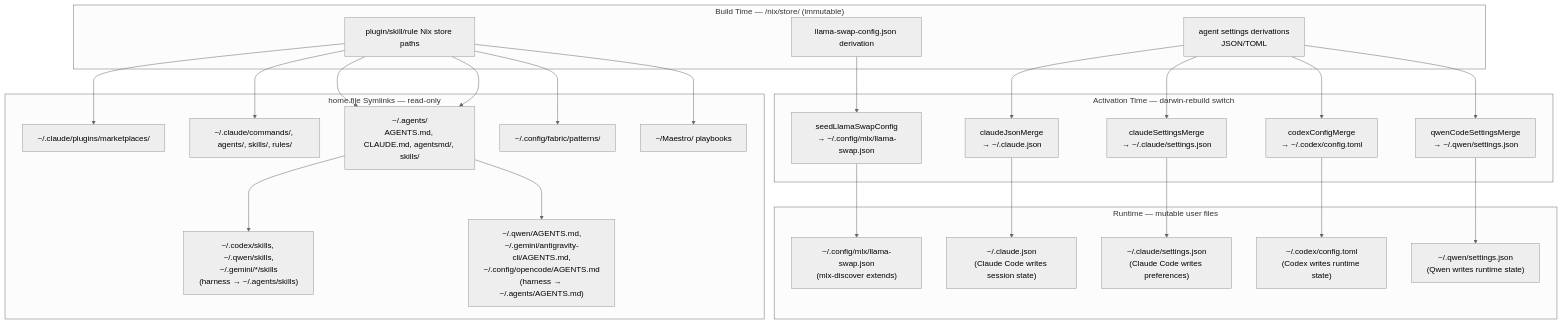
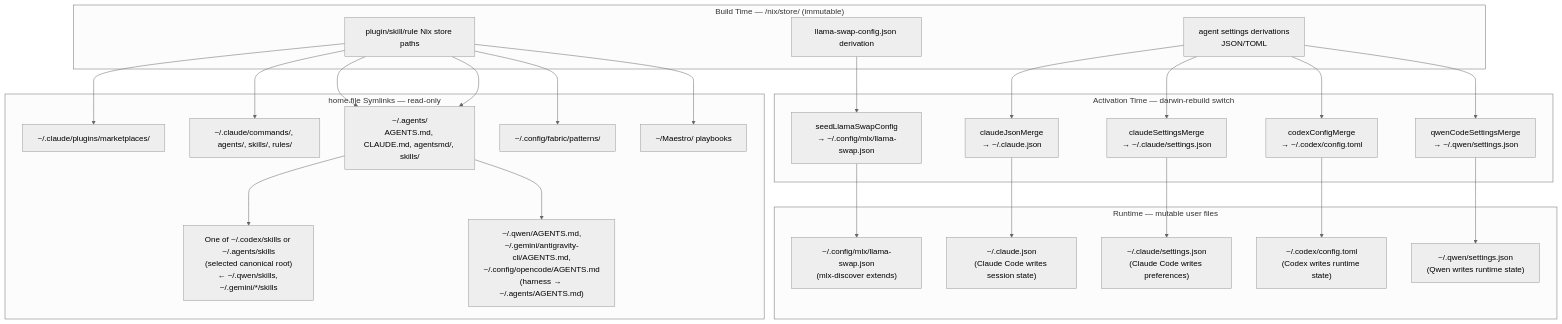
Before and after one commit to dryvist/nix-ai: the second of 2 diagrams in docs/architecture/config-lifecycle.md, drawn with Mermaid (neutral theme). The commit also changed 7 other files, not shown here.

Commit message:
fix(agent-skills): select one Codex discovery root

````diff
--- a/docs/architecture/config-lifecycle.md
+++ b/docs/architecture/config-lifecycle.md
@@ -115,46 +115,46 @@
 ```mermaid
 graph TD
     subgraph BuildTime["Build Time — /nix/store/ (immutable)"]
         NS1["llama-swap-config.json derivation"]
         NS2["agent settings derivations\nJSON/TOML"]
         NS3["plugin/skill/rule Nix store paths"]
     end
 
     subgraph Activation["Activation Time — darwin-rebuild switch"]
         A1["seedLlamaSwapConfig\n→ ~/.config/mlx/llama-swap.json"]
         A2["claudeJsonMerge\n→ ~/.claude.json"]
         A3["claudeSettingsMerge\n→ ~/.claude/settings.json"]
         A4["codexConfigMerge\n→ ~/.codex/config.toml"]
         A5["qwenCodeSettingsMerge\n→ ~/.qwen/settings.json"]
     end
 
     subgraph Runtime["Runtime — mutable user files"]
         R1["~/.config/mlx/llama-swap.json\n(mlx-discover extends)"]
         R2["~/.claude.json\n(Claude Code writes session state)"]
         R3["~/.claude/settings.json\n(Claude Code writes preferences)"]
         R4["~/.codex/config.toml\n(Codex writes runtime state)"]
         R5["~/.qwen/settings.json\n(Qwen writes runtime state)"]
     end
 
     subgraph Symlinks["home.file Symlinks — read-only"]
         S1["~/.claude/plugins/marketplaces/"]
         S2["~/.claude/commands/, agents/, skills/, rules/"]
         S5["~/.agents/\nAGENTS.md, CLAUDE.md, agentsmd/, skills/"]
-        S6["~/.codex/skills, ~/.qwen/skills,\n~/.gemini/*/skills\n(harness → ~/.agents/skills)"]
+        S6["One of ~/.codex/skills or ~/.agents/skills\n(selected canonical root)\n← ~/.qwen/skills, ~/.gemini/*/skills"]
         S7["~/.qwen/AGENTS.md,\n~/.gemini/antigravity-cli/AGENTS.md,\n~/.config/opencode/AGENTS.md\n(harness → ~/.agents/AGENTS.md)"]
         S3["~/.config/fabric/patterns/"]
         S4["~/Maestro/ playbooks"]
     end
 
     NS1 --> A1 --> R1
     NS2 --> A2 --> R2
     NS2 --> A3 --> R3
     NS2 --> A4 --> R4
     NS2 --> A5 --> R5
     NS3 --> S1
     NS3 --> S2
     NS3 --> S5 --> S6
     NS3 --> S5 --> S7
     NS3 --> S3
     NS3 --> S4
 ```
````
